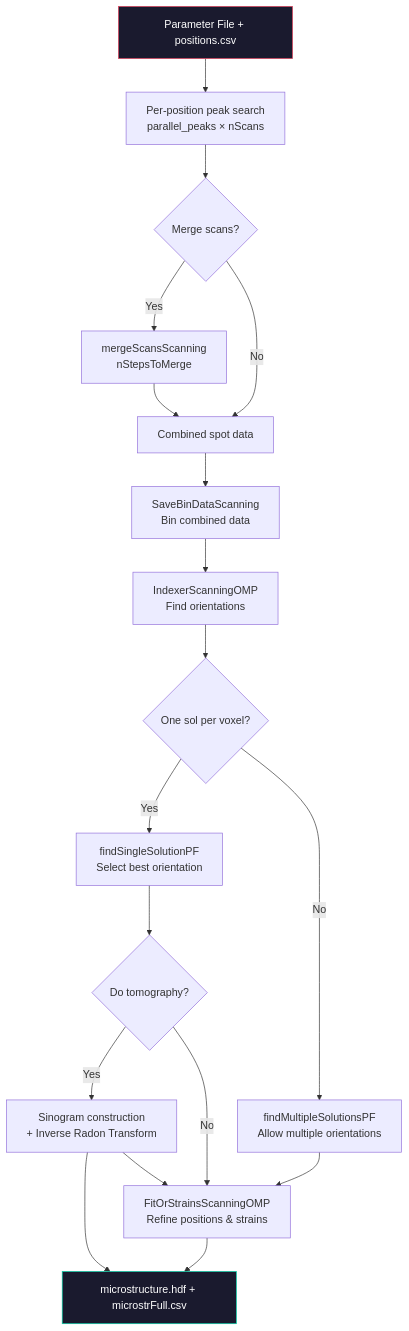
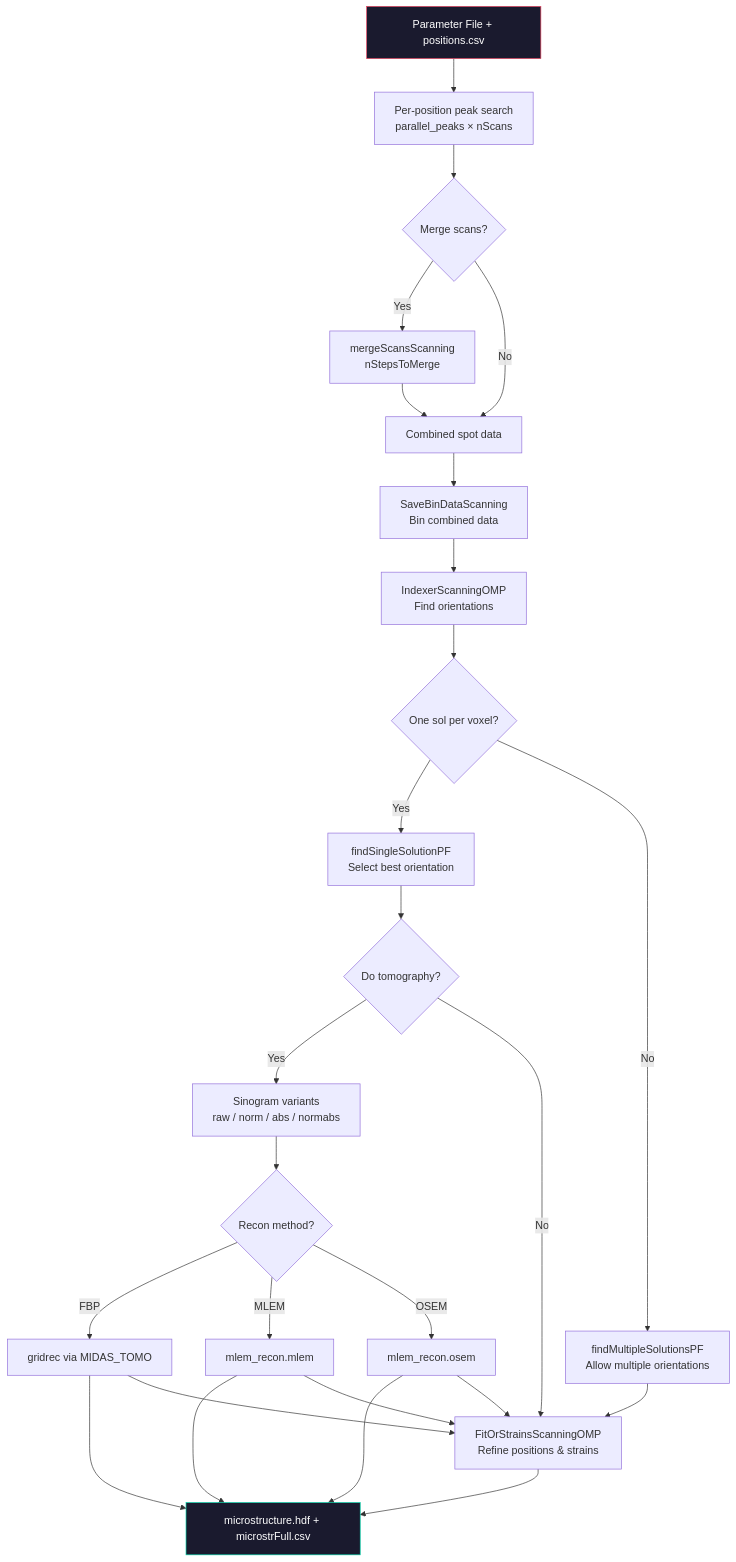
Before and after one commit to marinerhemant/MIDAS: the diagram in manuals/PF_Analysis.md, drawn with Mermaid. The commit also changed other lines of this file and 4 other files, not shown here.

````diff
--- a/manuals/PF_Analysis.md
+++ b/manuals/PF_Analysis.md
@@ -129,23 +140,31 @@
 ```mermaid
 flowchart TD
     A[Parameter File + positions.csv] --> B[Per-position peak search<br/>parallel_peaks × nScans]
     B --> C{Merge scans?}
     C -->|Yes| D[mergeScansScanning<br/>nStepsToMerge]
     C -->|No| E[Combined spot data]
     D --> E
     E --> F[SaveBinDataScanning<br/>Bin combined data]
     F --> G[IndexerScanningOMP<br/>Find orientations]
     G --> H{One sol per voxel?}
     H -->|Yes| I[findSingleSolutionPF<br/>Select best orientation]
     H -->|No| J[findMultipleSolutionsPF<br/>Allow multiple orientations]
     I --> K{Do tomography?}
-    K -->|Yes| L[Sinogram construction<br/>+ Inverse Radon Transform]
+    K -->|Yes| L[Sinogram variants<br/>raw / norm / abs / normabs]
     K -->|No| M[FitOrStrainsScanningOMP<br/>Refine positions & strains]
-    L --> N[microstructure.hdf + microstrFull.csv]
+    L --> L2{Recon method?}
+    L2 -->|FBP| L3[gridrec via MIDAS_TOMO]
+    L2 -->|MLEM| L4[mlem_recon.mlem]
+    L2 -->|OSEM| L5[mlem_recon.osem]
+    L3 --> N[microstructure.hdf + microstrFull.csv]
+    L4 --> N
+    L5 --> N
     J --> M
-    L --> M
+    L3 --> M
+    L4 --> M
+    L5 --> M
     M --> N
 
     style A fill:#1a1a2e,stroke:#e94560,color:#fff
     style N fill:#1a1a2e,stroke:#00d4aa,color:#fff
 ```
````
